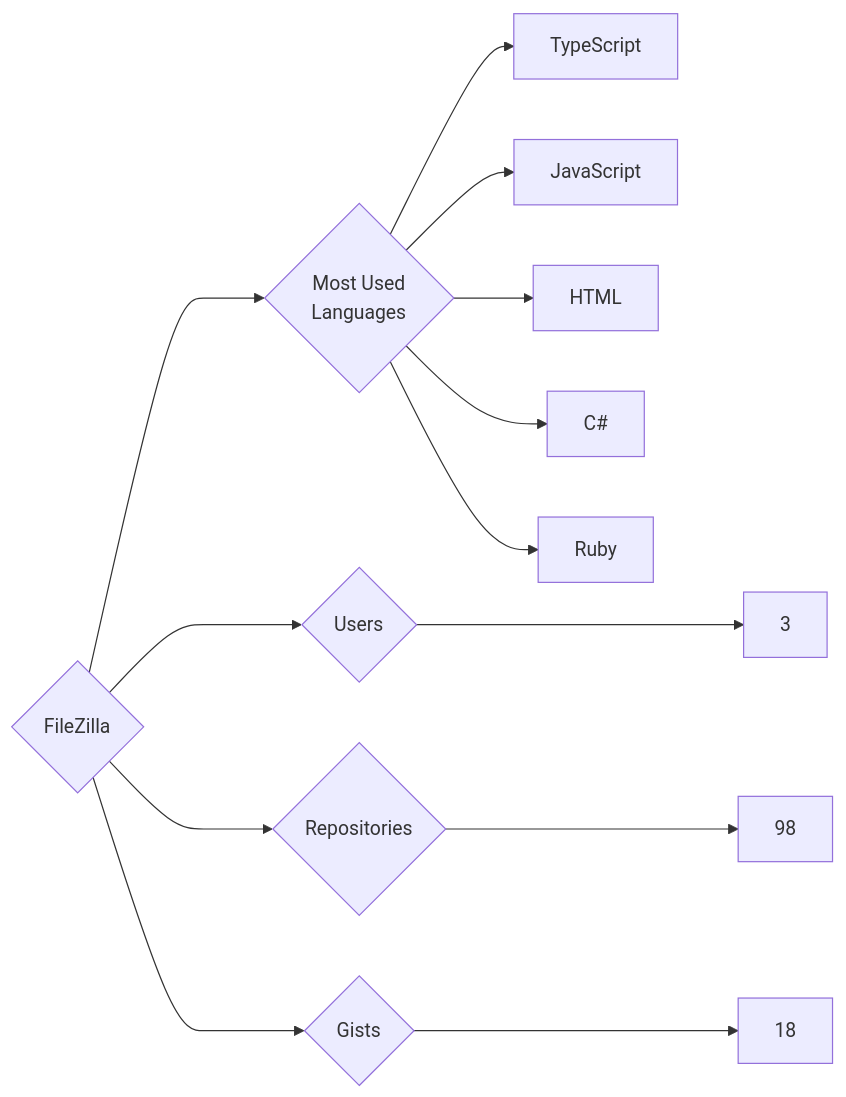
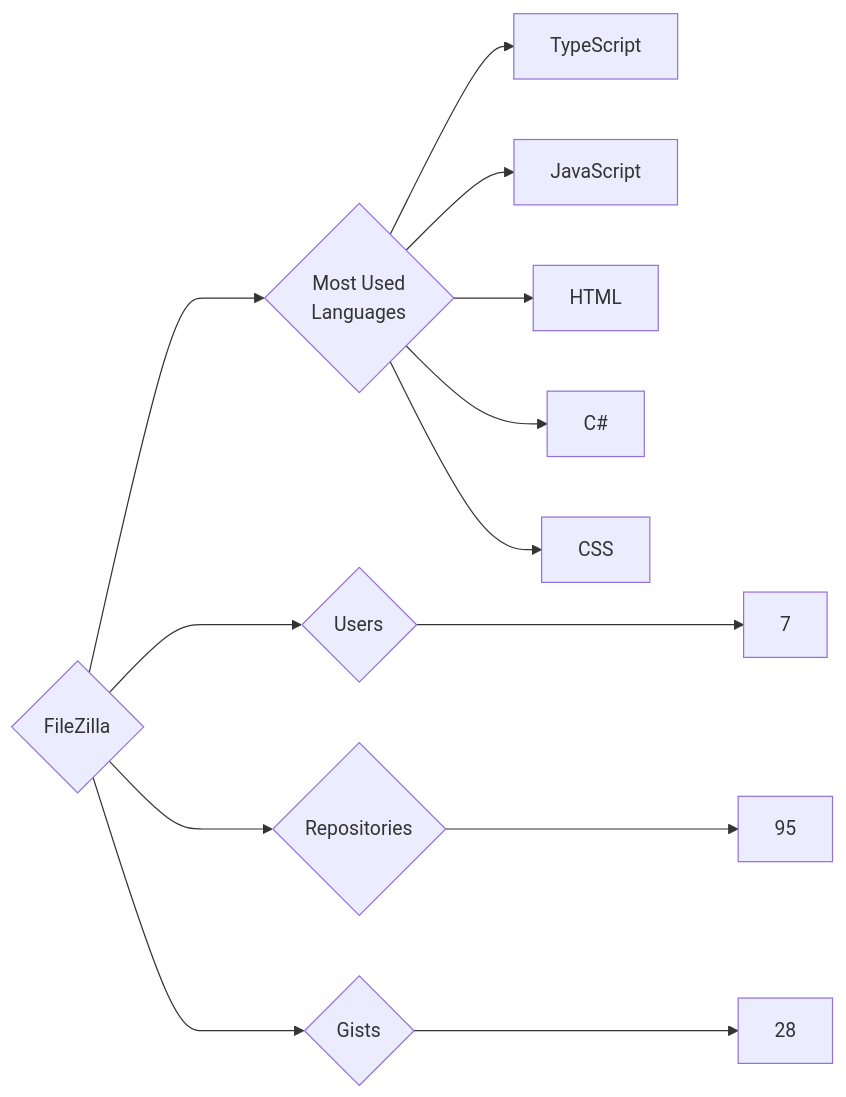
Before and after one commit to trickest/insiders: the diagram in targets/FileZilla/README.md, drawn with Mermaid. The commit also changed 1149 other files, not shown here.

````diff
--- a/targets/FileZilla/README.md
+++ b/targets/FileZilla/README.md
@@ -3,13 +3,13 @@
 ```mermaid
 graph LR
 COMPANY_NAME{FileZilla}
-COMPANY_NAME ---> U{Users} ---> UN[3]
-COMPANY_NAME ---> R{Repositories} ---> RN[98]
-COMPANY_NAME ---> G{Gists} ---> GN[18]
+COMPANY_NAME ---> U{Users} ---> UN[7]
+COMPANY_NAME ---> R{Repositories} ---> RN[95]
+COMPANY_NAME ---> G{Gists} ---> GN[28]
 COMPANY_NAME ---> ML{Most Used<br>Languages}
 ML --> TypeScript[TypeScript]
 ML --> JavaScript[JavaScript]
 ML --> HTML[HTML]
 ML --> C#[C#]
-ML --> Ruby[Ruby]
+ML --> CSS[CSS]
 ```
````
